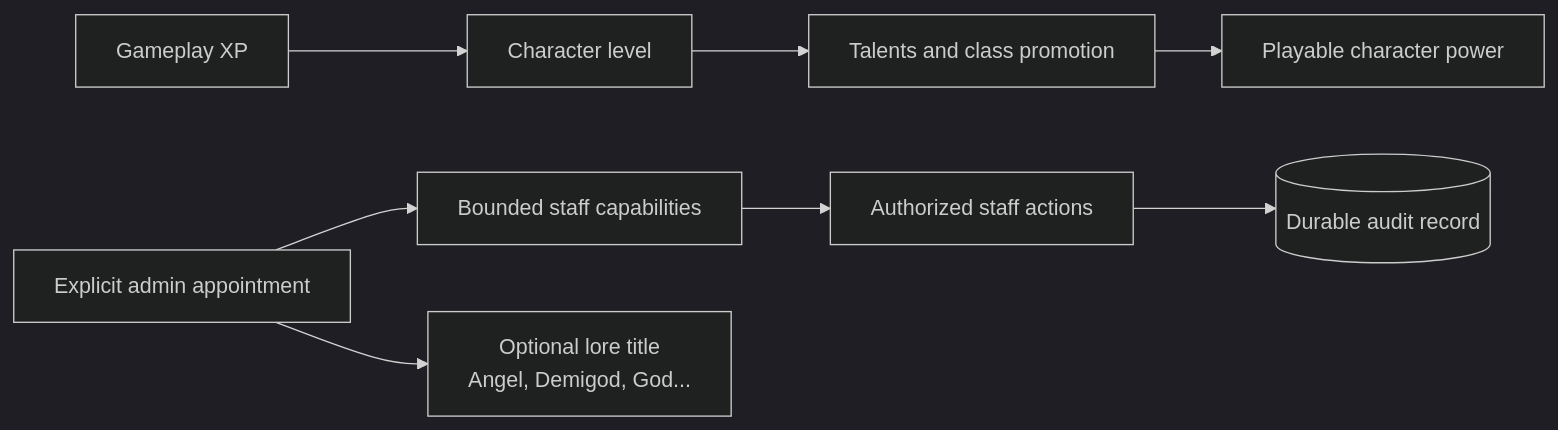
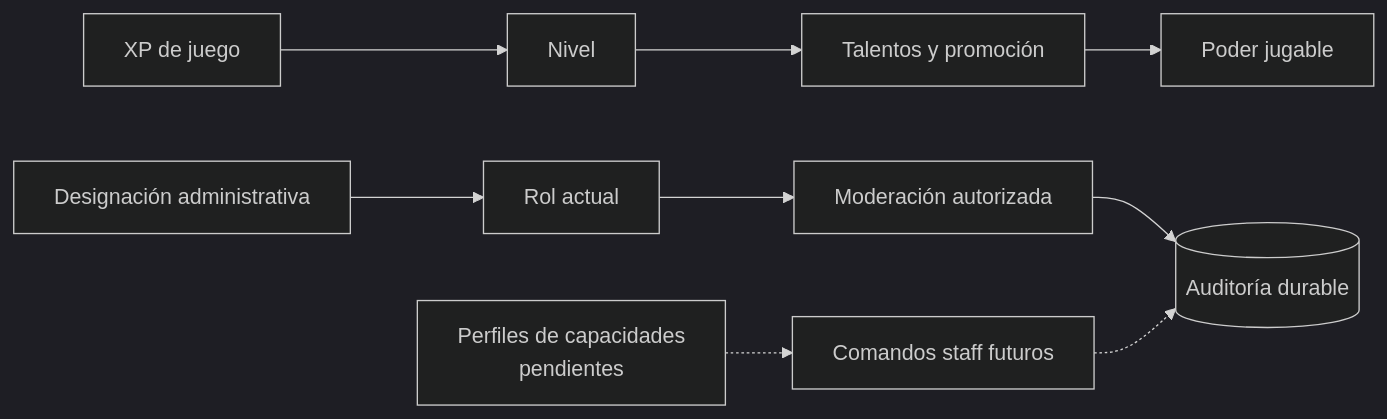
Before and after one commit to hyukudan/tiamud: the third of 3 diagrams in README.md, drawn with Mermaid (dark theme). The commit also changed other lines of this file and 29 other files, not shown here.

````diff
--- a/README.md
+++ b/README.md
@@ -250,14 +263,15 @@
 ```mermaid
 flowchart LR
-    accTitle: Separation between character progression and appointed staff authority
-    accDescr: Experience advances a playable character through levels, talents and classes. An administrator separately assigns bounded staff capabilities and an optional lore title; staff actions are audited and cannot be earned through play.
+    accTitle: Progresión del personaje y autoridad de staff separadas
+    accDescr: La experiencia mejora el personaje jugable. Un administrador asigna por separado un rol o futuras capacidades de staff; las acciones sensibles dejan auditoría y nunca se obtienen jugando.
 
-    XP[Gameplay XP] --> Level[Character level]
-    Level --> Talents[Talents and class promotion]
-    Talents --> Play[Playable character power]
+    XP[XP de juego] --> Level[Nivel]
+    Level --> Talents[Talentos y promoción]
+    Talents --> Play[Poder jugable]
 
-    Appointment[Explicit admin appointment] --> Capabilities[Bounded staff capabilities]
-    Appointment --> Title[Optional lore title<br/>Angel, Demigod, God...]
-    Capabilities --> Actions[Authorized staff actions]
-    Actions --> Audit[(Durable audit record)]
+    Appointment[Designación administrativa] --> Role[Rol actual]
+    Role --> Moderation[Moderación autorizada]
+    Future[Perfiles de capacidades<br/>pendientes] -.-> StaffActions[Comandos staff futuros]
+    Moderation --> Audit[(Auditoría durable)]
+    StaffActions -.-> Audit
 ```
````
